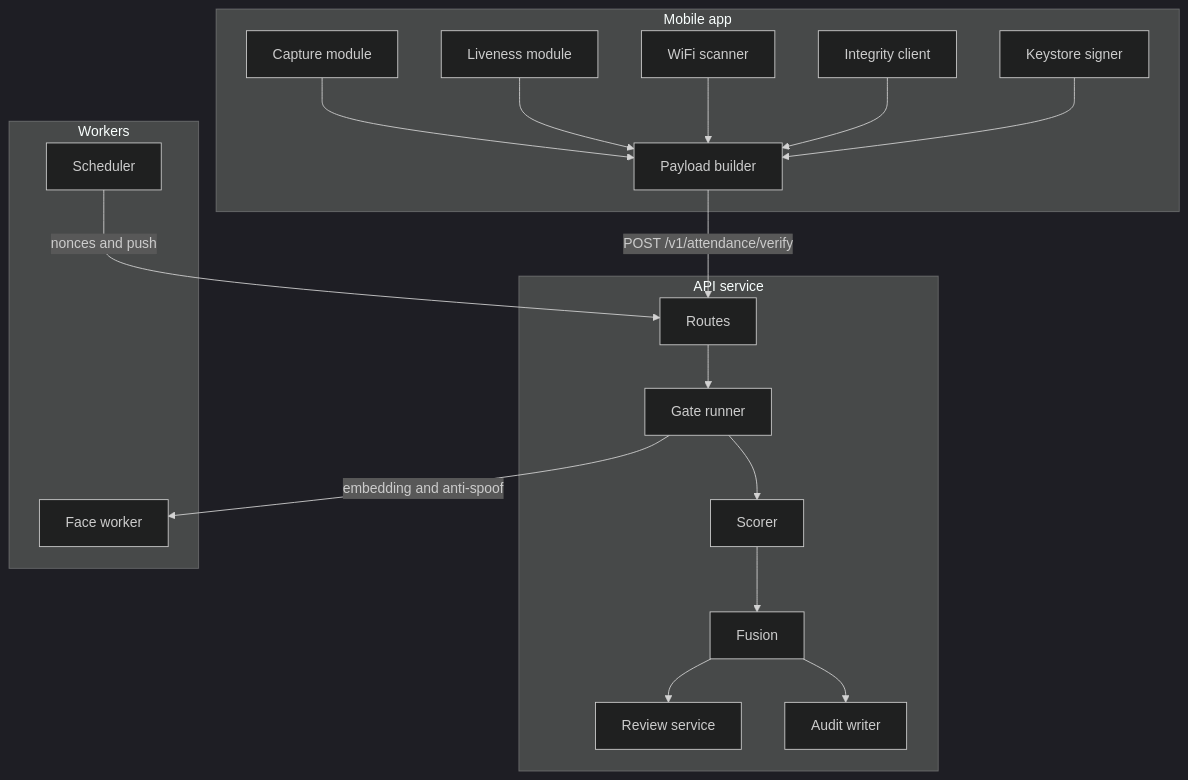
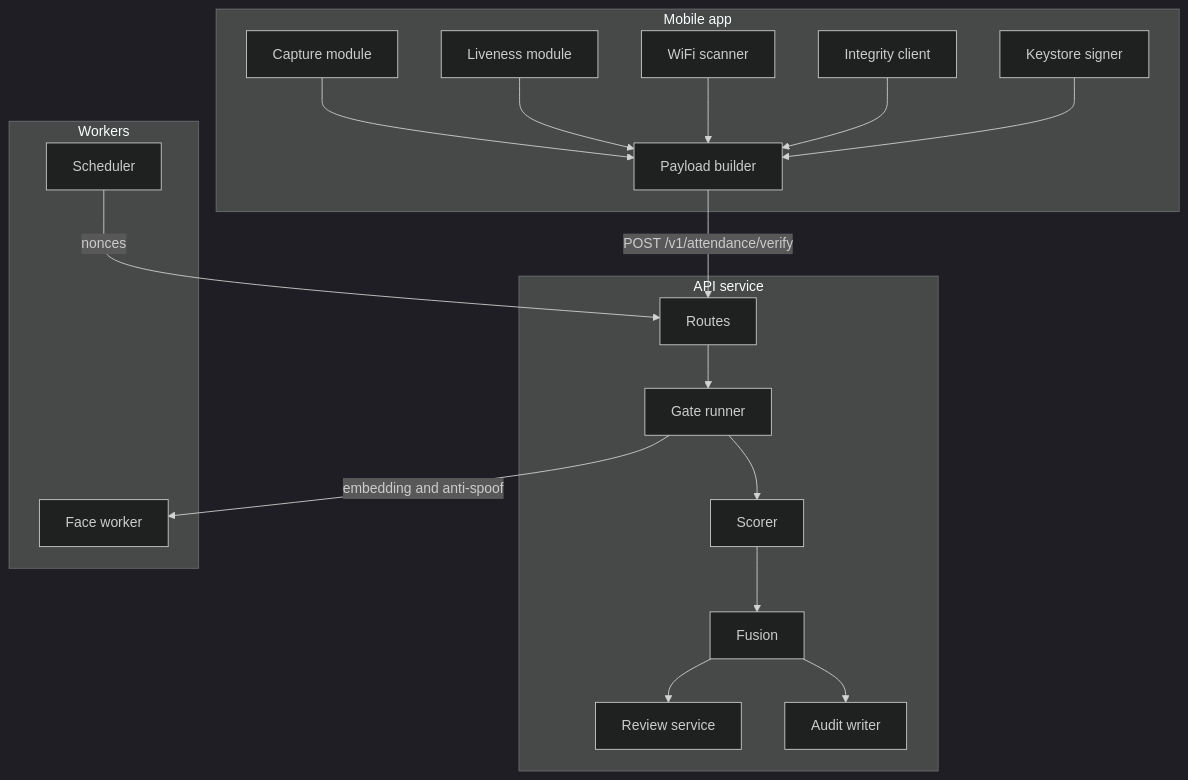
Before and after one commit to Rahul-8283/NightRoll: the second of 3 diagrams in docs/TRD.md, drawn with Mermaid (dark theme). The commit also changed other lines of this file and 14 other files, not shown here.

````diff
--- a/docs/TRD.md
+++ b/docs/TRD.md
@@ -78,37 +76,37 @@
 ```mermaid
 flowchart TB
     subgraph App["Mobile app"]
         A1["Capture module"]
         A2["Liveness module"]
         A3["WiFi scanner"]
         A4["Integrity client"]
         A5["Keystore signer"]
         A6["Payload builder"]
         A1 --> A6
         A2 --> A6
         A3 --> A6
         A4 --> A6
         A5 --> A6
     end
 
     subgraph API["API service"]
         B1["Routes"]
         B2["Gate runner"]
         B3["Scorer"]
         B4["Fusion"]
         B5["Review service"]
         B6["Audit writer"]
         B1 --> B2 --> B3 --> B4
         B4 --> B5
         B4 --> B6
     end
 
     subgraph Workers["Workers"]
         C1["Face worker"]
         C2["Scheduler"]
     end
 
     A6 -- "POST /v1/attendance/verify" --> B1
     B2 -- "embedding and anti-spoof" --> C1
-    C2 -- "nonces and push" --> B1
+    C2 -- "nonces" --> B1
 ```
````
